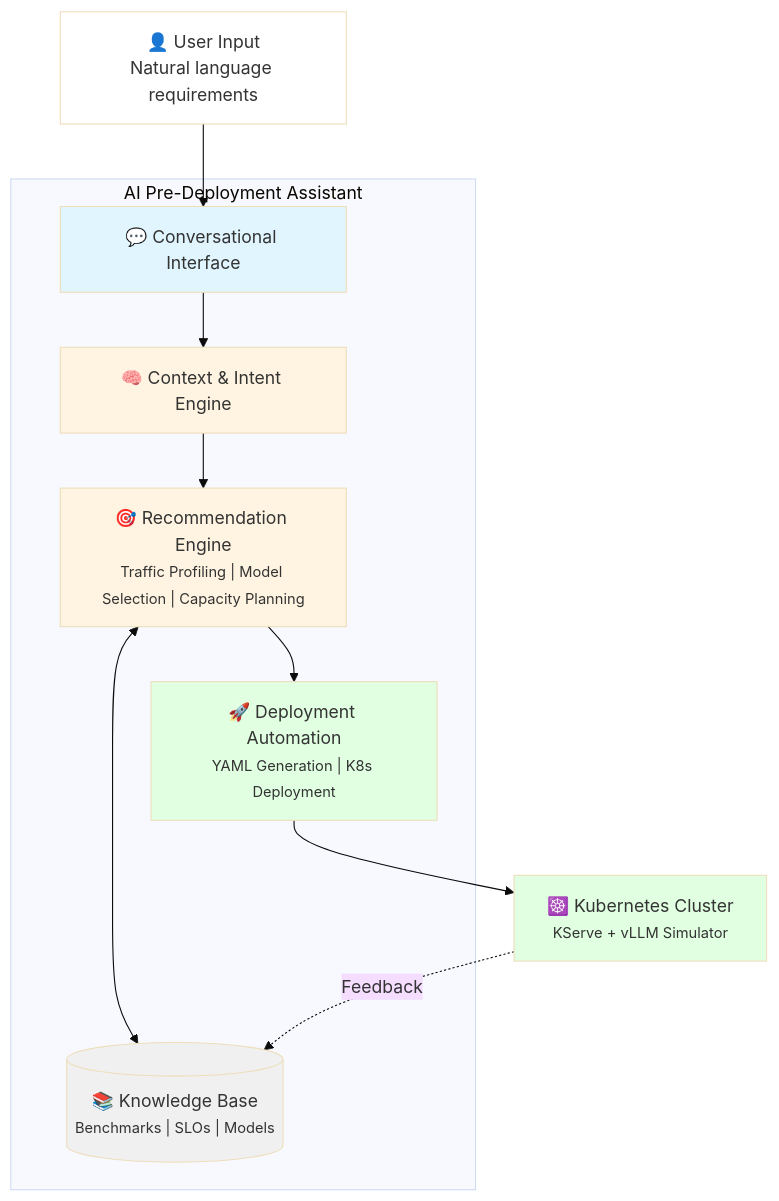
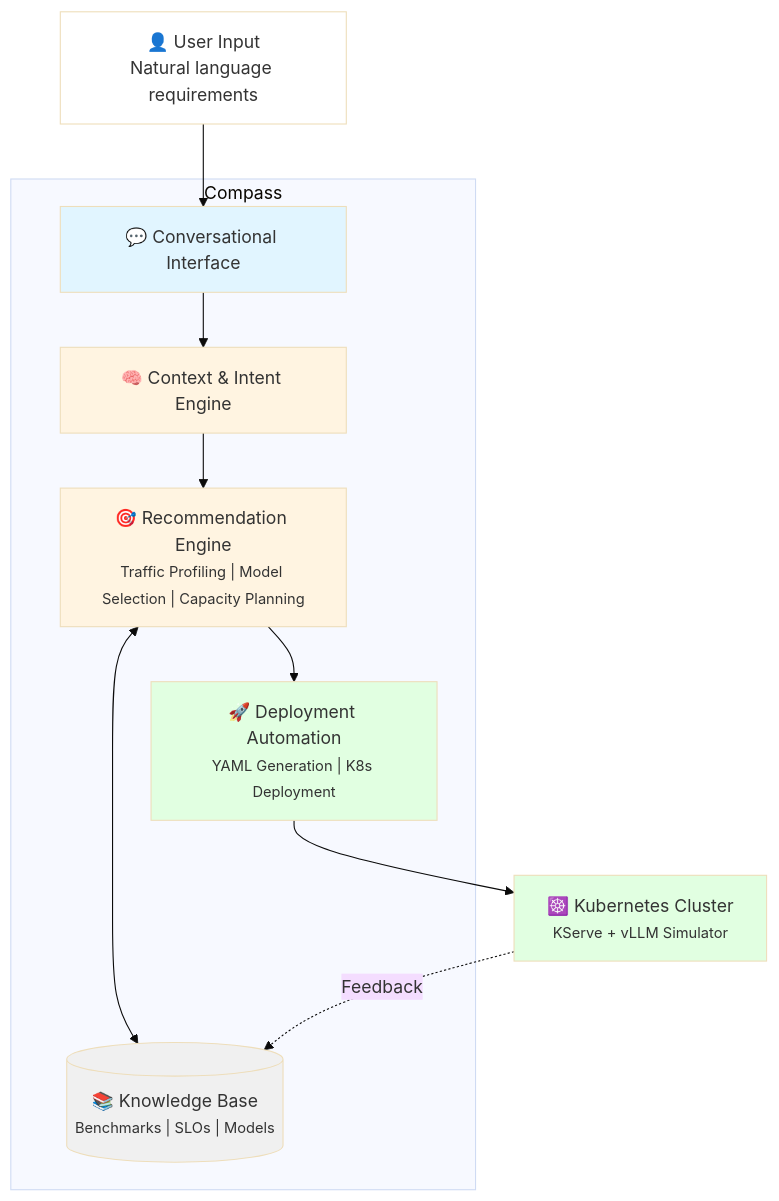
Before and after one commit to redhat-et/compass: the fourth of 4 diagrams in docs/simplified-architecture-diagram.md, drawn with Mermaid (base theme). The commit also changed 21 other files, not shown here.

First line of the commit message:
Rename project from AI Pre-Deployment Assistant to Compass

````diff
--- a/docs/simplified-architecture-diagram.md
+++ b/docs/simplified-architecture-diagram.md
@@ -104,30 +104,30 @@
 ```mermaid
 graph TB
     User["👤 User Input<br/>Natural language requirements"]
 
-    subgraph "AI Pre-Deployment Assistant"
+    subgraph "Compass"
         Chat["💬 Conversational Interface"]
         Intent["🧠 Context & Intent Engine"]
         Rec["🎯 Recommendation Engine<br/><small>Traffic Profiling | Model Selection | Capacity Planning</small>"]
         KB[("📚 Knowledge Base<br/><small>Benchmarks | SLOs | Models</small>")]
         Deploy["🚀 Deployment Automation<br/><small>YAML Generation | K8s Deployment</small>"]
     end
 
     K8S["☸️ Kubernetes Cluster<br/><small>KServe + vLLM Simulator</small>"]
 
     User --> Chat
     Chat --> Intent
     Intent --> Rec
     Rec <--> KB
     Rec --> Deploy
     Deploy --> K8S
     K8S -.Feedback.-> KB
 
     style User fill:#fff
     style Chat fill:#e1f5ff
     style Intent fill:#fff4e1
     style Rec fill:#fff4e1
     style KB fill:#f0f0f0
     style Deploy fill:#e1ffe1
     style K8S fill:#e1ffe1
 ```
````
